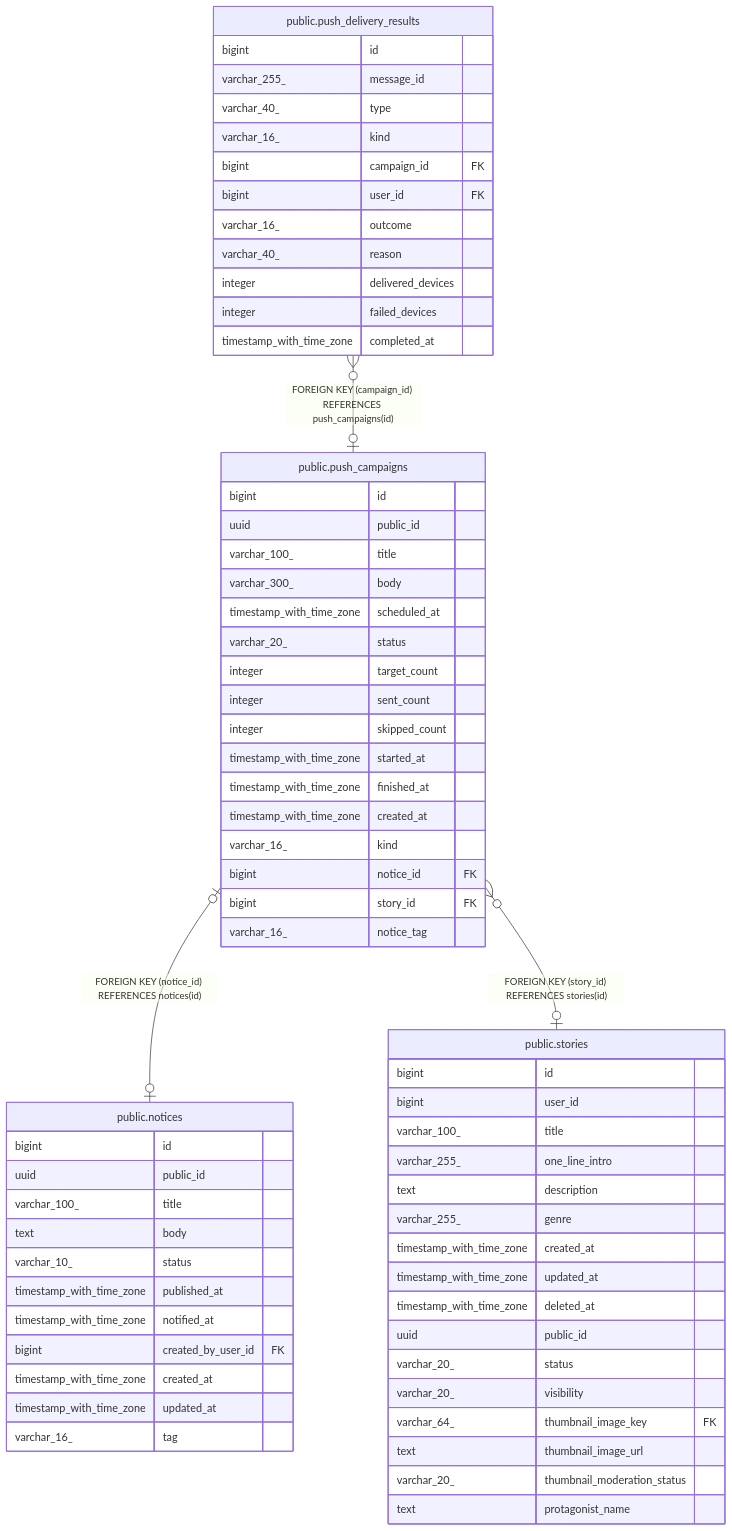
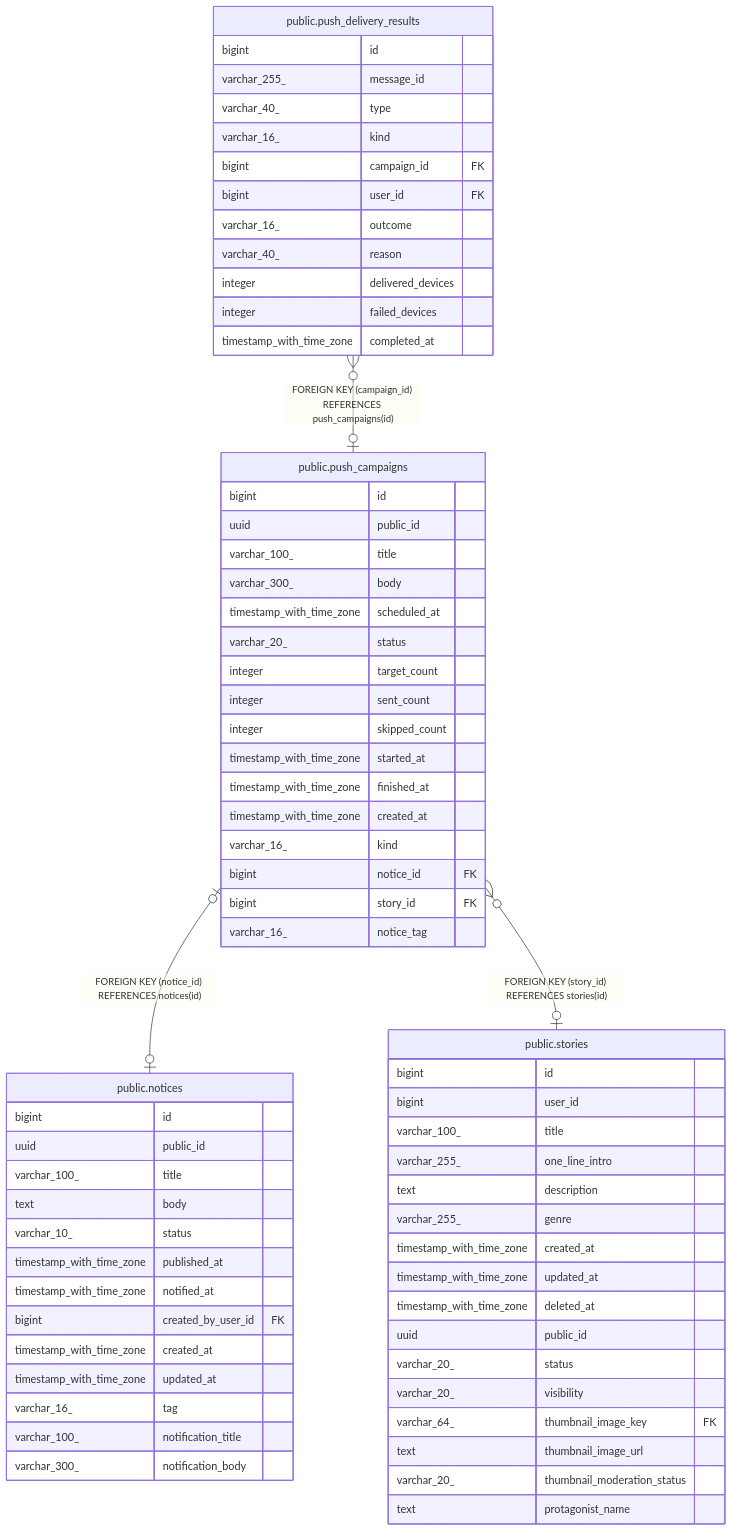
Before and after one commit to KIM-N-KANG/manyak-server: the diagram in dbdoc/public.push_campaigns.md, drawn with Mermaid. The commit also changed 14 other files, not shown here.

````diff
--- a/dbdoc/public.push_campaigns.md
+++ b/dbdoc/public.push_campaigns.md
@@ -48,70 +48,72 @@
 ```mermaid
 erDiagram
 
 "public.push_delivery_results" }o--o| "public.push_campaigns" : "FOREIGN KEY (campaign_id) REFERENCES push_campaigns(id)"
 "public.push_campaigns" |o--o| "public.notices" : "FOREIGN KEY (notice_id) REFERENCES notices(id)"
 "public.push_campaigns" }o--o| "public.stories" : "FOREIGN KEY (story_id) REFERENCES stories(id)"
 
 "public.push_campaigns" {
   bigint id
   uuid public_id
   varchar_100_ title
   varchar_300_ body
   timestamp_with_time_zone scheduled_at
   varchar_20_ status
   integer target_count
   integer sent_count
   integer skipped_count
   timestamp_with_time_zone started_at
   timestamp_with_time_zone finished_at
   timestamp_with_time_zone created_at
   varchar_16_ kind
   bigint notice_id FK
   bigint story_id FK
   varchar_16_ notice_tag
 }
 "public.push_delivery_results" {
   bigint id
   varchar_255_ message_id
   varchar_40_ type
   varchar_16_ kind
   bigint campaign_id FK
   bigint user_id FK
   varchar_16_ outcome
   varchar_40_ reason
   integer delivered_devices
   integer failed_devices
   timestamp_with_time_zone completed_at
 }
 "public.notices" {
   bigint id
   uuid public_id
   varchar_100_ title
   text body
   varchar_10_ status
   timestamp_with_time_zone published_at
   timestamp_with_time_zone notified_at
   bigint created_by_user_id FK
   timestamp_with_time_zone created_at
   timestamp_with_time_zone updated_at
   varchar_16_ tag
+  varchar_100_ notification_title
+  varchar_300_ notification_body
 }
 "public.stories" {
   bigint id
   bigint user_id
   varchar_100_ title
   varchar_255_ one_line_intro
   text description
   varchar_255_ genre
   timestamp_with_time_zone created_at
   timestamp_with_time_zone updated_at
   timestamp_with_time_zone deleted_at
   uuid public_id
   varchar_20_ status
   varchar_20_ visibility
   varchar_64_ thumbnail_image_key FK
   text thumbnail_image_url
   varchar_20_ thumbnail_moderation_status
   text protagonist_name
 }
 ```
````
